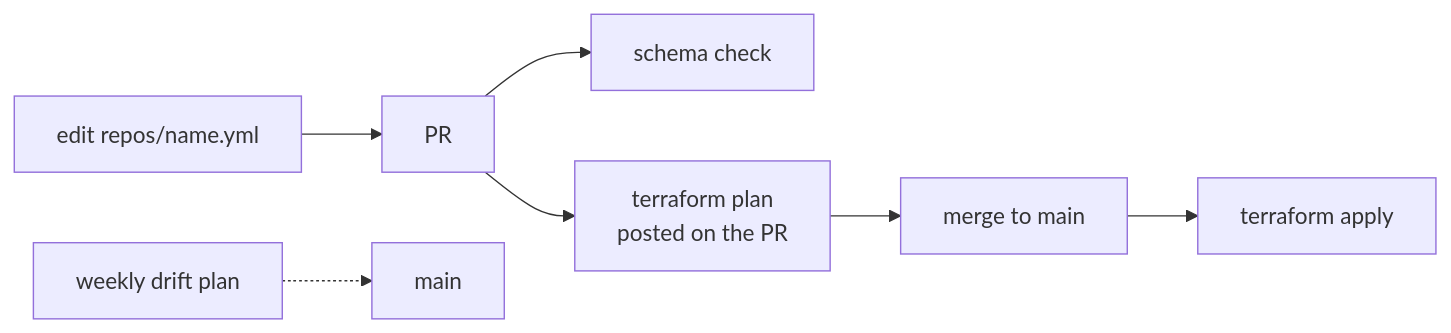
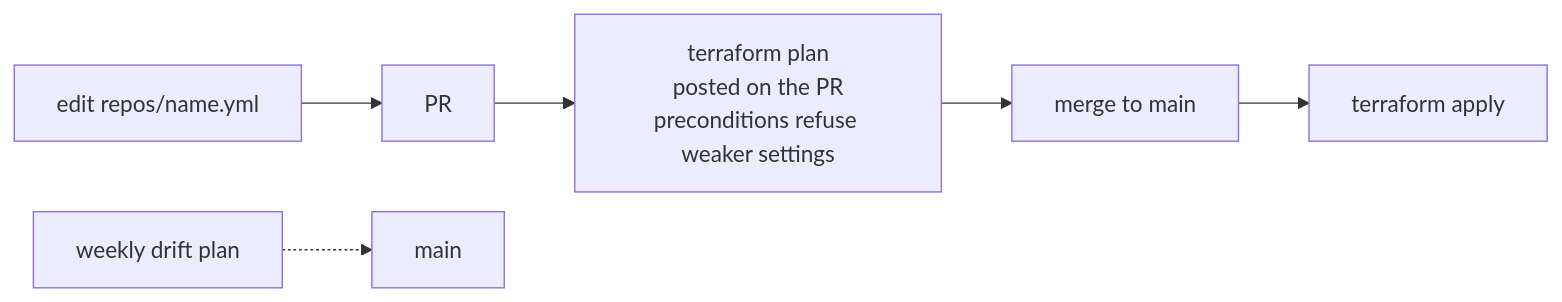
Before and after one commit to zimmertr/yggdrasil: the second of 2 diagrams in docs/ARCHITECTURE.md, drawn with Mermaid. The commit also changed other lines of this file and 10 other files, not shown here.

````diff
--- a/docs/ARCHITECTURE.md
+++ b/docs/ARCHITECTURE.md
@@ -54,9 +52,8 @@
 ```mermaid
 flowchart LR
   edit["edit repos/name.yml"] --> pr["PR"]
-  pr --> schema["schema check"]
-  pr --> plan["terraform plan<br/>posted on the PR"]
+  pr --> plan["terraform plan<br/>posted on the PR<br/>preconditions refuse weaker settings"]
   plan --> merge["merge to main"]
   merge --> apply["terraform apply"]
   weekly["weekly drift plan"] -.-> main["main"]
 ```
````
